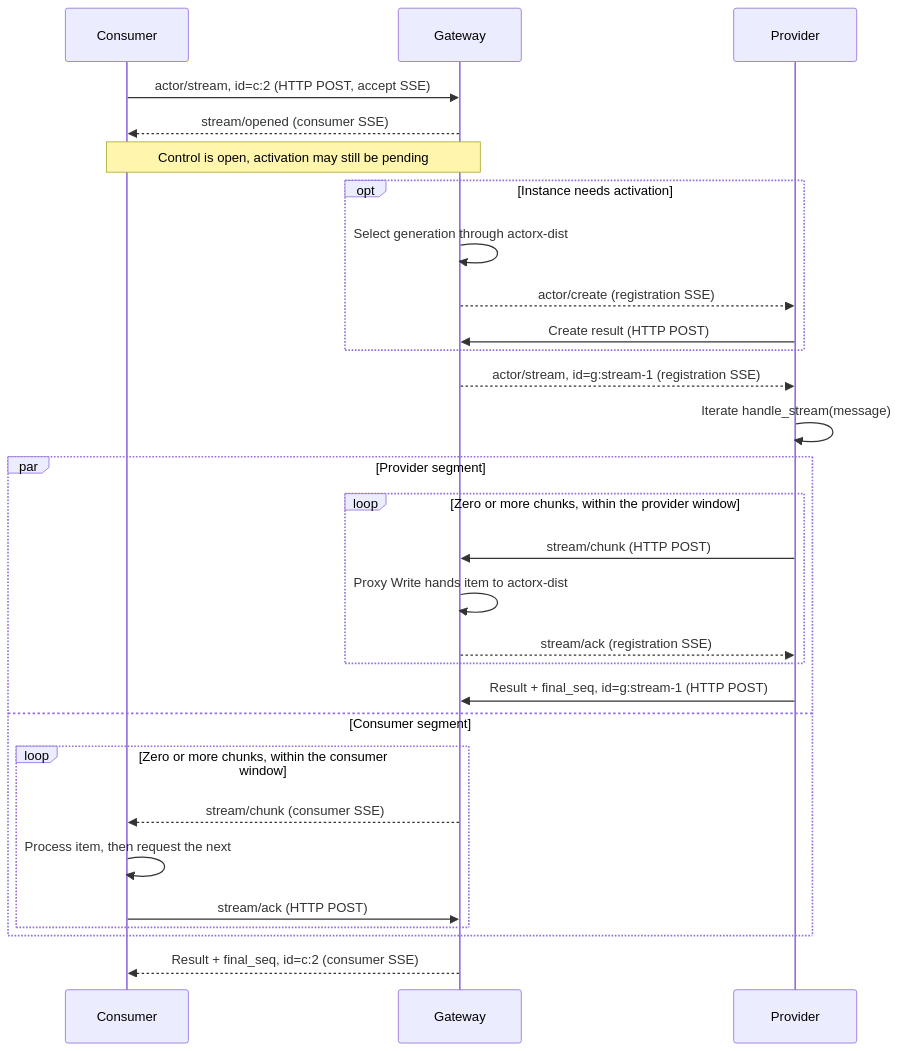
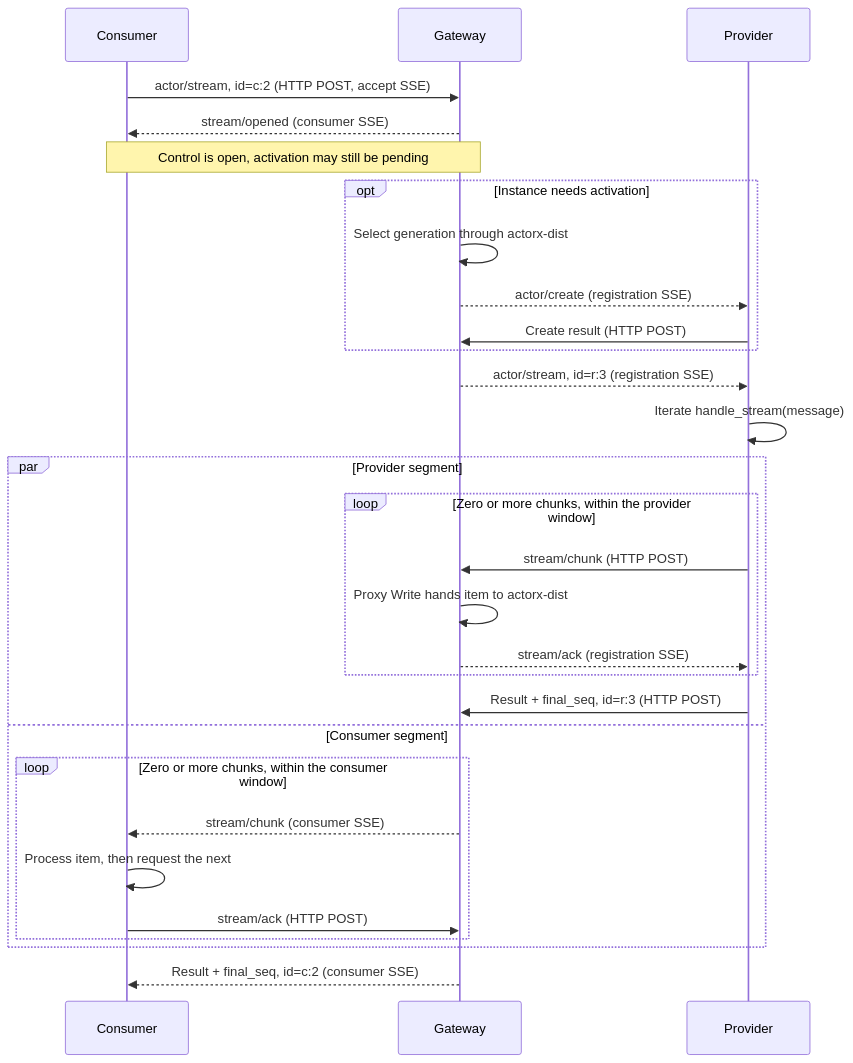
Before and after one commit to go-aie/actorx-dist: the third of 4 diagrams in remote/docs/protocol.md, drawn with Mermaid. The commit also changed other lines of this file and 29 other files, not shown here.

````diff
--- a/remote/docs/protocol.md
+++ b/remote/docs/protocol.md
@@ -341,31 +321,31 @@
 ```mermaid
 sequenceDiagram
     participant C as Consumer
     participant G as Gateway
     participant P as Provider
     C->>G: actor/stream, id=c:2 (HTTP POST, accept SSE)
     G-->>C: stream/opened (consumer SSE)
     Note over C,G: Control is open, activation may still be pending
     opt Instance needs activation
         G->>G: Select generation through actorx-dist
         G-->>P: actor/create (registration SSE)
         P->>G: Create result (HTTP POST)
     end
-    G-->>P: actor/stream, id=g:stream-1 (registration SSE)
+    G-->>P: actor/stream, id=r:3 (registration SSE)
     P->>P: Iterate handle_stream(message)
     par Provider segment
         loop Zero or more chunks, within the provider window
             P->>G: stream/chunk (HTTP POST)
             G->>G: Proxy Write hands item to actorx-dist
             G-->>P: stream/ack (registration SSE)
         end
-        P->>G: Result + final_seq, id=g:stream-1 (HTTP POST)
+        P->>G: Result + final_seq, id=r:3 (HTTP POST)
     and Consumer segment
         loop Zero or more chunks, within the consumer window
             G-->>C: stream/chunk (consumer SSE)
             C->>C: Process item, then request the next
             C->>G: stream/ack (HTTP POST)
         end
     end
     G-->>C: Result + final_seq, id=c:2 (consumer SSE)
 ```
````
